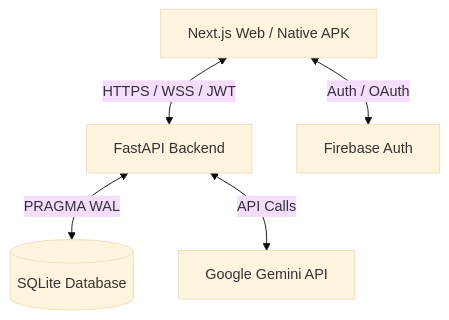
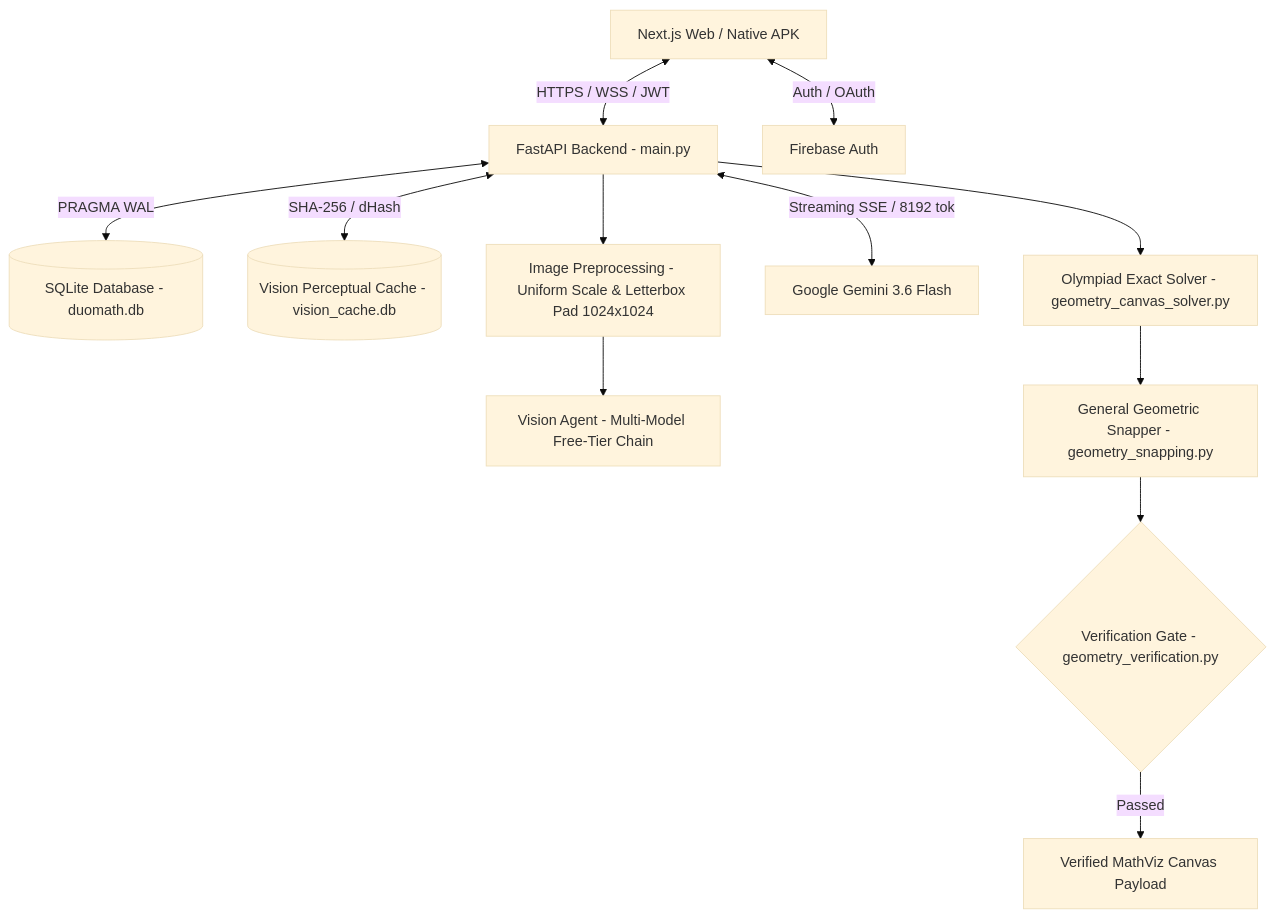
The diagram in ARCHITECTURE_AND_INFRASTRUCTURE.md (will050710-commits/DUOMATH), drawn with Mermaid (base theme) before and after one commit. The commit also changed other lines of this file and 145 other files, not shown here.

First line of the commit message:
feat: upgrade backend infrastructure v2.5, MathViz precision pipeline, and October 2026 progress report

````diff
--- a/ARCHITECTURE_AND_INFRASTRUCTURE.md
+++ b/ARCHITECTURE_AND_INFRASTRUCTURE.md
@@ -15,7 +15,14 @@
 ```mermaid
 graph TD
-    Client[Next.js Web / Native APK] <-->|HTTPS / WSS / JWT| API[FastAPI Backend]
-    API <-->|PRAGMA WAL| DB[(SQLite Database)]
-    API <-->|API Calls| Groq[Google Gemini API]
+    Client[Next.js Web / Native APK] <-->|HTTPS / WSS / JWT| API[FastAPI Backend - main.py]
+    API <-->|PRAGMA WAL| DB[(SQLite Database - duomath.db)]
+    API <-->|SHA-256 / dHash| VCache[(Vision Perceptual Cache - vision_cache.db)]
+    API --> Preproc[Image Preprocessing - Uniform Scale & Letterbox Pad 1024x1024]
+    Preproc --> VAgent[Vision Agent - Multi-Model Free-Tier Chain]
+    API <-->|Streaming SSE / 8192 tok| Gemini[Google Gemini 3.6 Flash]
+    API --> Solver[Olympiad Exact Solver - geometry_canvas_solver.py]
+    Solver --> Snapper[General Geometric Snapper - geometry_snapping.py]
+    Snapper --> Gate{Verification Gate - geometry_verification.py}
+    Gate -->|Passed| Output[Verified MathViz Canvas Payload]
     Client <-->|Auth / OAuth| Firebase[Firebase Auth]
 ```
````
